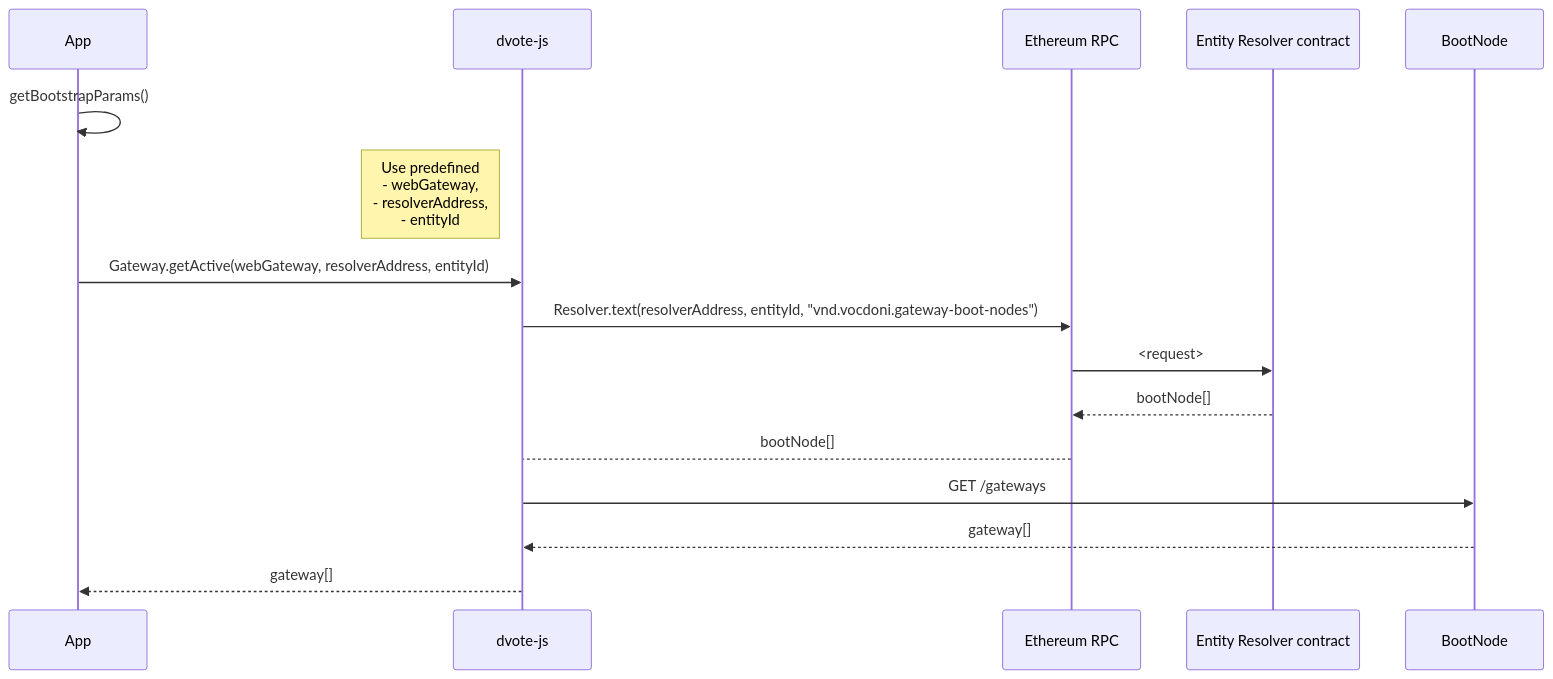
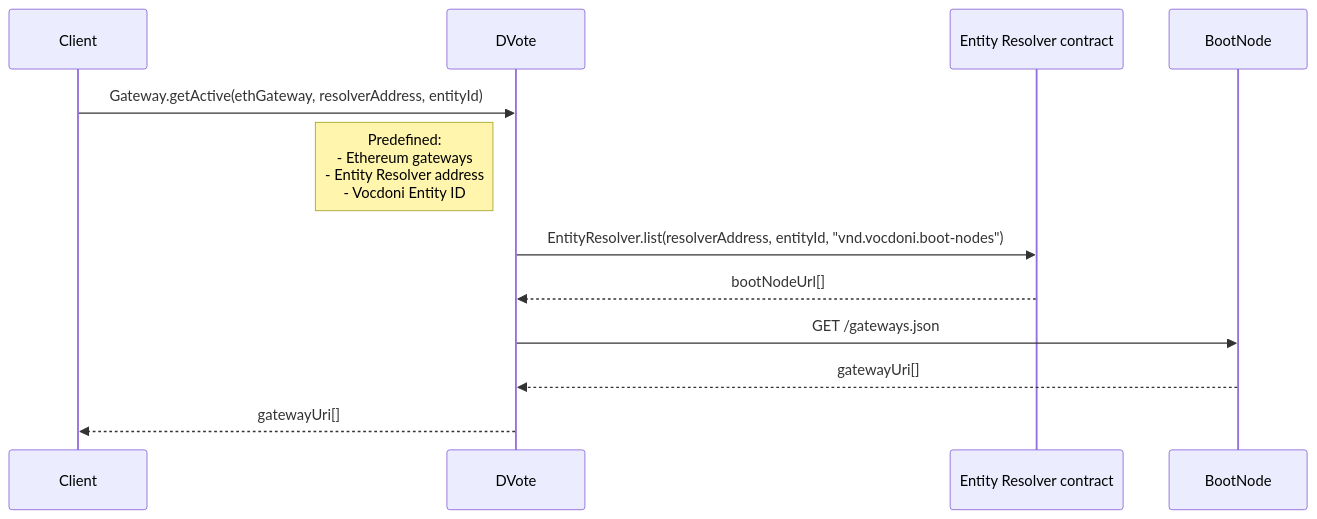
Before and after one commit to vocdoni/docs: the second of 15 diagrams in docs/architecture/sequence-diagrams.md, drawn with Mermaid. The commit also changed other lines of this file and 1 other file, not shown here.

Commit message:
Updating the sequence diagrams for the Entity

````diff
--- a/docs/architecture/sequence-diagrams.md
+++ b/docs/architecture/sequence-diagrams.md
@@ -93,24 +96,19 @@
 ```mermaid
 
 sequenceDiagram
-    participant App
-    participant DV as dvote-js
-    participant RPC as Ethereum RPC
+    participant Client
+    participant DV as DVote
     participant ER as Entity Resolver contract
     participant BN as BootNode
 
-    App->>App: getBootstrapParams()
 
-    Note left of DV: Use predefined<br/>- webGateway,<br/>- resolverAddress,<br/>- entityId
+    Client->>DV: Gateway.getActive(ethGateway, resolverAddress, entityId)
+        Note left of DV: Predefined:<br/>- Ethereum gateways<br/>- Entity Resolver address<br/>- Vocdoni Entity ID
 
-    App->>DV: Gateway.getActive(webGateway, resolverAddress, entityId)
-
-        DV->>RPC: Resolver.text(resolverAddress, entityId, "vnd.vocdoni.gateway-boot-nodes")
-            RPC->>ER: <request>
-            ER-->>RPC: bootNode[]
-        RPC-->DV: bootNode[]
+        DV->>ER: EntityResolver.list(resolverAddress, entityId, "vnd.vocdoni.boot-nodes")
+        ER-->>DV: bootNodeUrl[]
     
-        DV->>BN: GET /gateways
-        BN-->>DV: gateway[]
-    DV-->>App: gateway[]
+        DV->>BN: GET /gateways.json
+        BN-->>DV: gatewayUri[]
+    DV-->>Client: gatewayUri[]
 ```
````
